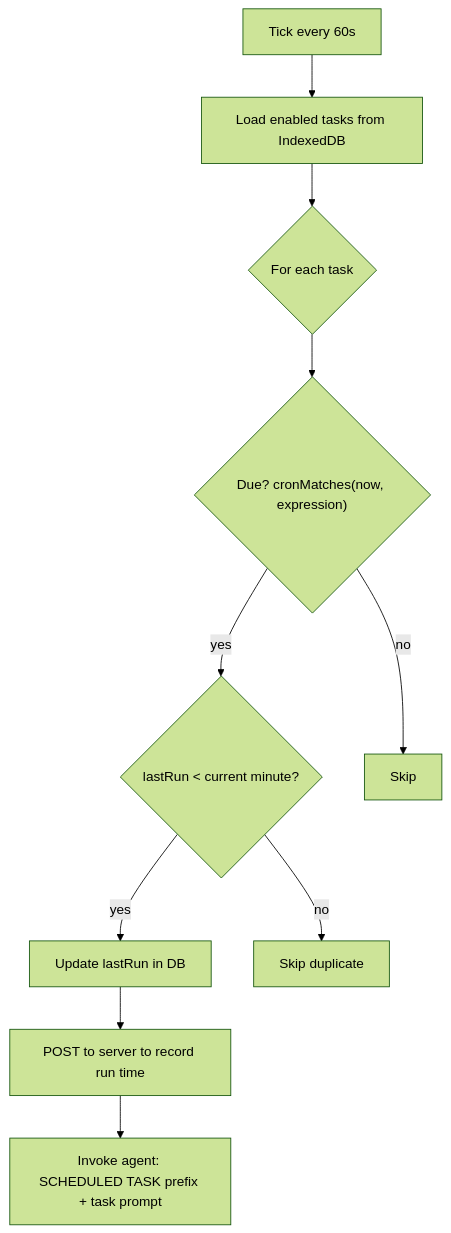
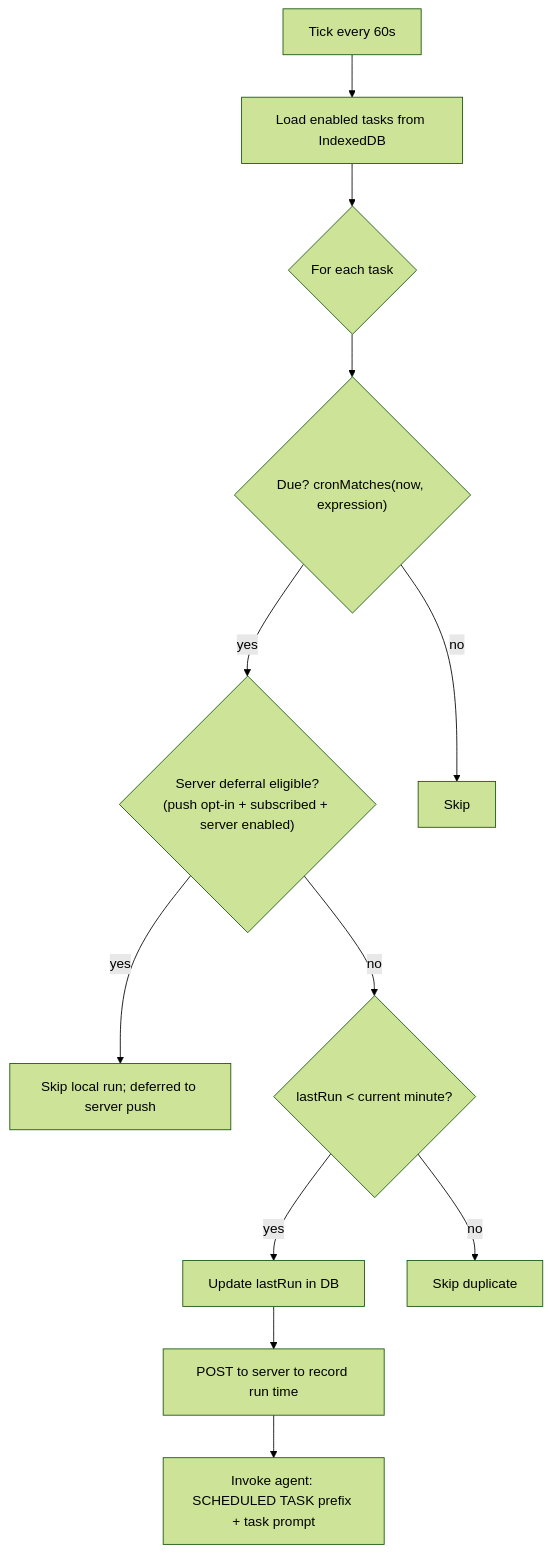
Before and after one commit to xt-ml/shadow-claw: the third of 3 diagrams in docs/subsystems/notifications.md, drawn with Mermaid (forest theme). The commit also changed other lines of this file and 27 other files, not shown here.

First line of the commit message:
Add opt-in push notifications for scheduled tasks

````diff
--- a/docs/subsystems/notifications.md
+++ b/docs/subsystems/notifications.md
@@ -150,12 +150,14 @@
 ```mermaid
 flowchart TD
   A[Tick every 60s] --> B[Load enabled tasks from IndexedDB]
   B --> C{For each task}
   C --> D{"Due? cronMatches(now, expression)"}
-  D -->|yes| E{"lastRun < current minute?"}
-  E -->|yes| F[Update lastRun in DB]
-  F --> G[POST to server to record run time]
-  G --> H[Invoke agent: SCHEDULED TASK prefix + task prompt]
-  D -->|no| I[Skip]
-  E -->|no| J[Skip duplicate]
+  D -->|yes| E{"Server deferral eligible?<br>(push opt-in + subscribed + server enabled)"}
+  E -->|yes| F[Skip local run; deferred to server push]
+  E -->|no| G{"lastRun < current minute?"}
+  G -->|yes| H[Update lastRun in DB]
+  H --> I[POST to server to record run time]
+  I --> J[Invoke agent: SCHEDULED TASK prefix + task prompt]
+  D -->|no| K[Skip]
+  G -->|no| L[Skip duplicate]
 ```
````
